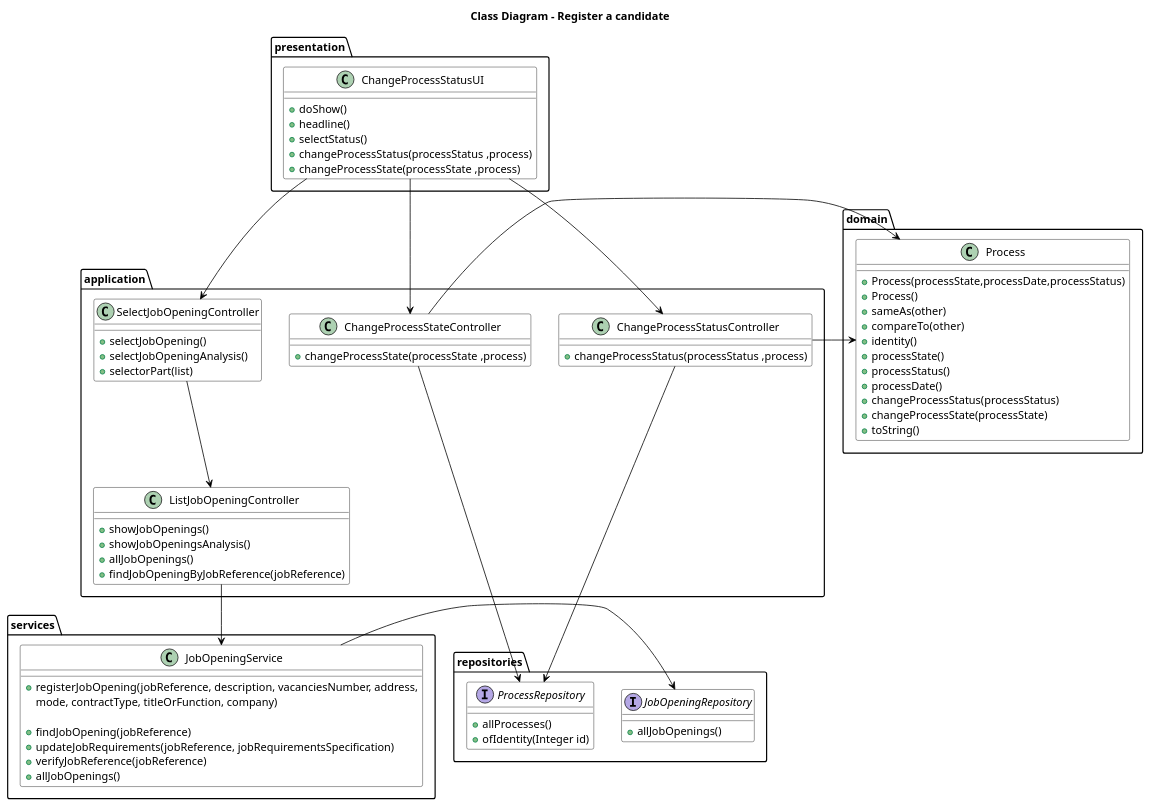
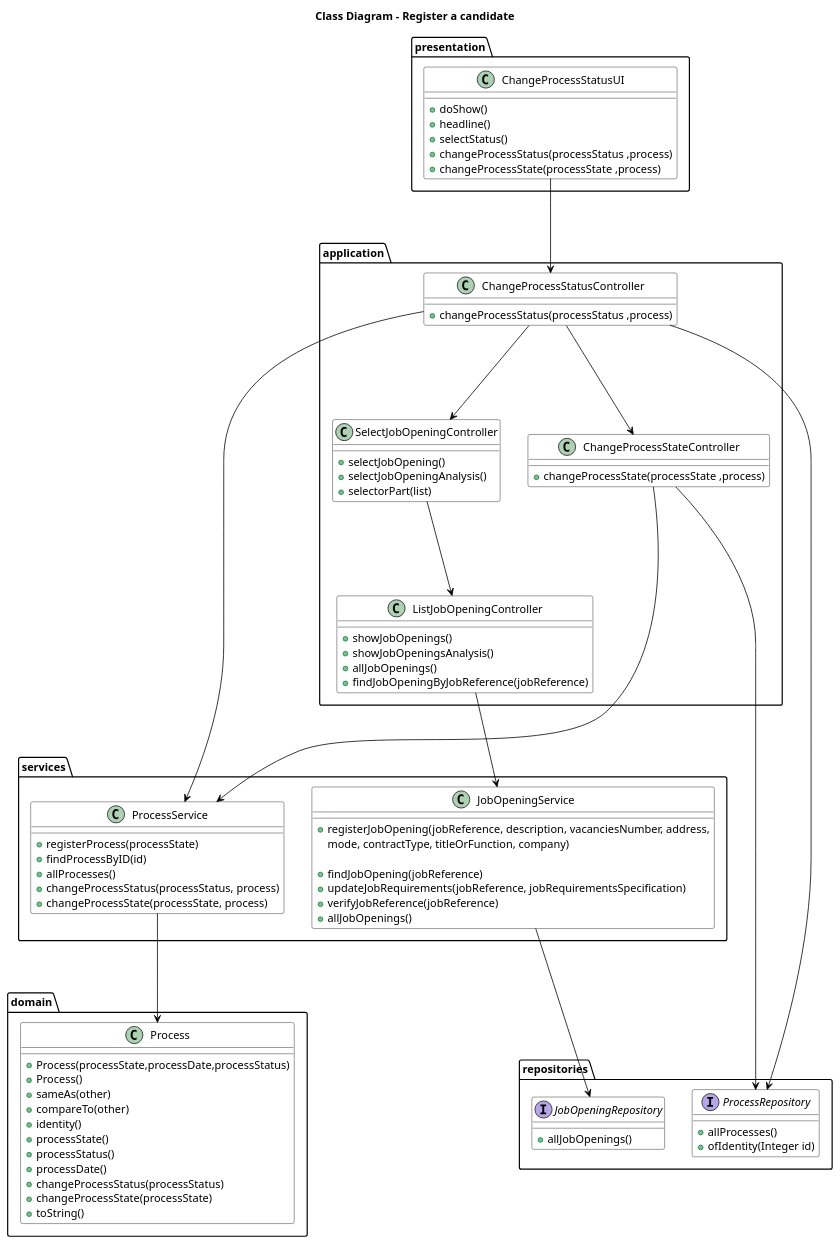
Before and after one commit to MiguelCardoso77/LAPR4: the diagram in docs/SprintC/7-change-status-process/class-diagram.puml, drawn with PlantUML. The commit also changed 8 other files, not shown here.

Commit message:
documentation update for update on job opening status

```diff
--- a/docs/SprintC/7-change-status-process/class-diagram.puml
+++ b/docs/SprintC/7-change-status-process/class-diagram.puml
@@ -1,97 +1,112 @@
 @startuml
+'skinparam linetype ortho
+'left to right direction
+
+
 skinparam class {
     BackgroundColor White
     ArrowColor Black
     BorderColor Black
     FontColor Black
     FontSize 14
 }
 
 Title "Class Diagram - Register a candidate"
 
 package "presentation" {
     class ChangeProcessStatusUI {
         + doShow()
         + headline()
         + selectStatus()
         + changeProcessStatus(processStatus ,process)
         + changeProcessState(processState ,process)
     }
 }
 
 package "application" {
     class ChangeProcessStatusController {
         + changeProcessStatus(processStatus ,process)
     }
     class ChangeProcessStateController {
         + changeProcessState(processState ,process)
     }
     class SelectJobOpeningController {
         + selectJobOpening()
         + selectJobOpeningAnalysis()
         + selectorPart(list)
     }
     class ListJobOpeningController {
         + showJobOpenings()
         + showJobOpeningsAnalysis()
         + allJobOpenings()
         + findJobOpeningByJobReference(jobReference)
     }
 }
 
 package "repositories" {
     interface JobOpeningRepository {
         + allJobOpenings()
     }
 
     interface ProcessRepository {
         + allProcesses()
         + ofIdentity(Integer id)
     }
 }
 
 package "domain" {
     class Process {
         + Process(processState,processDate,processStatus)
         + Process()
         + sameAs(other)
         + compareTo(other)
         + identity()
         + processState()
         + processStatus()
         + processDate()
         + changeProcessStatus(processStatus)
         + changeProcessState(processState)
         + toString()
     }
 }
 
 package "services" {
     class JobOpeningService {
         + registerJobOpening(jobReference, description, vacanciesNumber, address,
             mode, contractType, titleOrFunction, company)
 
         + findJobOpening(jobReference)
         + updateJobRequirements(jobReference, jobRequirementsSpecification)
         + verifyJobReference(jobReference)
         + allJobOpenings()
 
     }
+
+    class ProcessService {
+        + registerProcess(processState)
+        + findProcessByID(id)
+        + allProcesses()
+        + changeProcessStatus(processStatus, process)
+        + changeProcessState(processState, process)
+    }
 }
 
-ChangeProcessStatusUI --> ChangeProcessStatusController
-ChangeProcessStatusUI --> ChangeProcessStateController
-ChangeProcessStatusUI --> SelectJobOpeningController
+ChangeProcessStatusUI ---> ChangeProcessStatusController
 
-SelectJobOpeningController --> ListJobOpeningController
+ChangeProcessStatusController ---> SelectJobOpeningController
+ChangeProcessStatusController ---> ChangeProcessStateController
+ChangeProcessStatusController ---> ProcessRepository
+ChangeProcessStatusController ---> ProcessService
 
-ListJobOpeningController --> JobOpeningService
+ChangeProcessStateController ---> ProcessRepository
+ChangeProcessStateController ---> ProcessService
 
-JobOpeningService -> JobOpeningRepository
-ChangeProcessStateController --> ProcessRepository
-ChangeProcessStatusController --> ProcessRepository
+SelectJobOpeningController ---> ListJobOpeningController
 
-ChangeProcessStateController -> Process
-ChangeProcessStatusController -> Process
+ListJobOpeningController ---> JobOpeningService
+
+JobOpeningService ---> JobOpeningRepository
+
+ProcessService ---> Process
 
 @enduml
```
